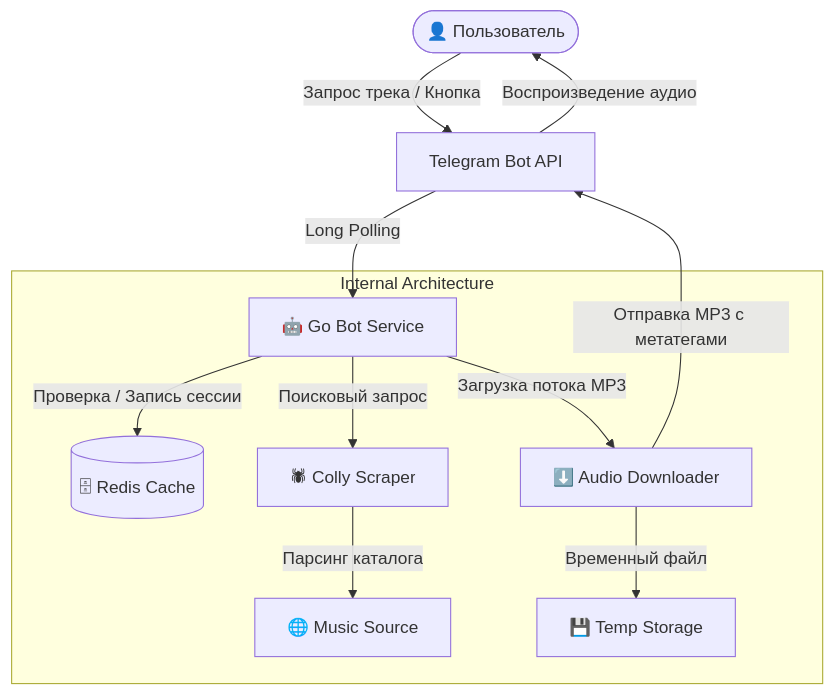
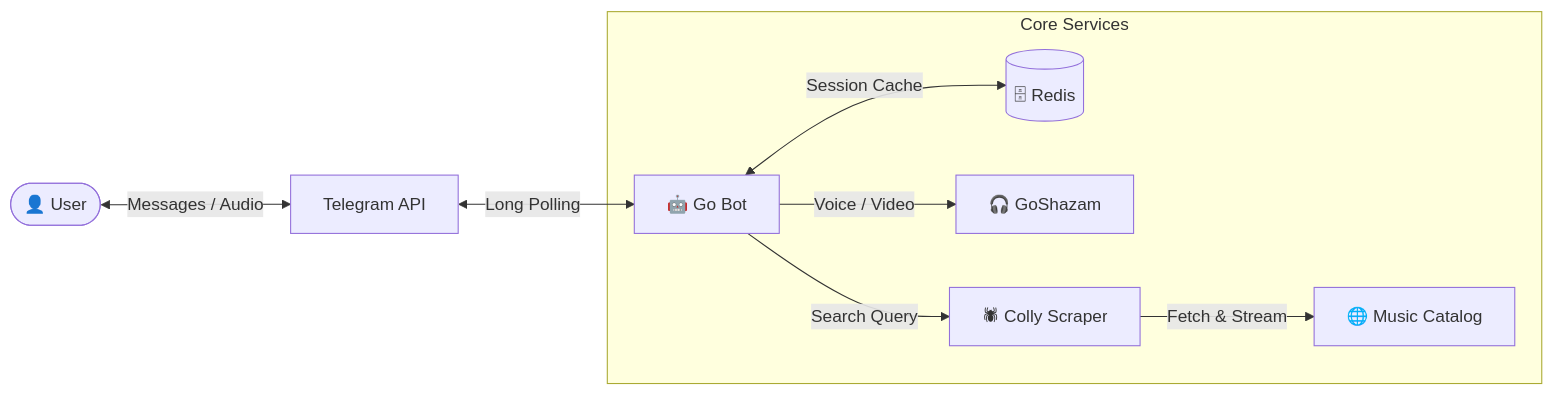
One commit to DipasDi/iFinderMusic changed the diagram in README.md. Above: the diagram before and after it, drawn with Mermaid. The commit also changed other lines of this file and 67 other files, not shown here.

Commit message:
feat: add Shazam audio recognition, user store, and test suite

````diff
--- a/README.md
+++ b/README.md
@@ -62,16 +29,12 @@
 ```mermaid
-flowchart TD
-    User([👤 Пользователь]) -->|Запрос трека / Кнопка| TG[Telegram Bot API]
-    TG -->|Long Polling| Bot[🤖 Go Bot Service]
+flowchart LR
+    User([👤 User]) <-->|Messages / Audio| TG[Telegram API]
+    TG <-->|Long Polling| Bot[🤖 Go Bot]
 
-    subgraph Internal Architecture
-        Bot -->|Проверка / Запись сессии| Redis[(🗄 Redis Cache)]
-        Bot -->|Поисковый запрос| Scraper[🕷 Colly Scraper]
-        Scraper -->|Парсинг каталога| Hitmo[🌐 Music Source]
-        Bot -->|Загрузка потока MP3| Downloader[⬇️ Audio Downloader]
-        Downloader -->|Временный файл| TempStore[💾 Temp Storage]
+    subgraph Core Services
+        Bot <-->|Session Cache| Redis[(🗄 Redis)]
+        Bot -->|Voice / Video| Shazam[🎧 GoShazam]
+        Bot -->|Search Query| Scraper[🕷 Colly Scraper]
+        Scraper -->|Fetch & Stream| Source[🌐 Music Catalog]
     end
-
-    Downloader -->|Отправка MP3 с метатегами| TG
-    TG -->|Воспроизведение аудио| User
 ```
````
